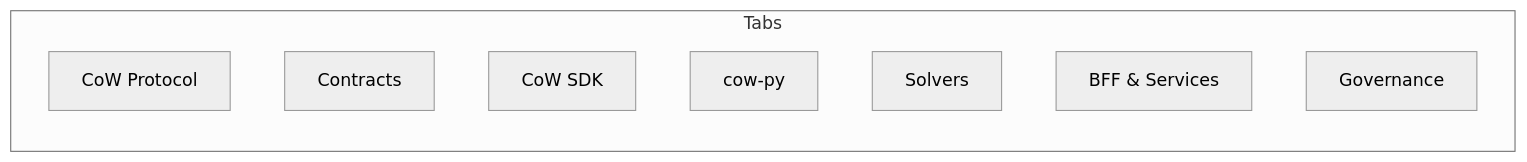
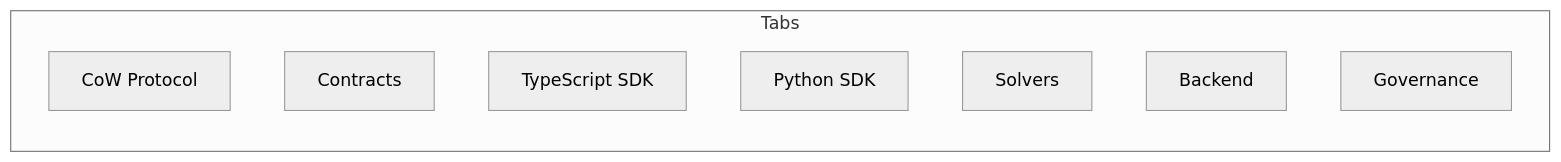
One commit to bleu/cow-docs-mintlify changed the third of 4 diagrams in about-these-docs.mdx. Above: the diagram before and after it, drawn with Mermaid (neutral theme). The commit also changed other lines of this file and 8 other files, not shown here.

````diff
--- a/about-these-docs.mdx
+++ b/about-these-docs.mdx
@@ -124,12 +131,12 @@
 ```mermaid
 graph LR
     subgraph Tabs
         T1["CoW Protocol"]
         T2["Contracts"]
-        T3["CoW SDK"]
-        T4["cow-py"]
+        T3["TypeScript SDK"]
+        T4["Python SDK"]
         T5["Solvers"]
-        T6["BFF & Services"]
+        T6["Backend"]
         T7["Governance"]
     end
 ```
````
